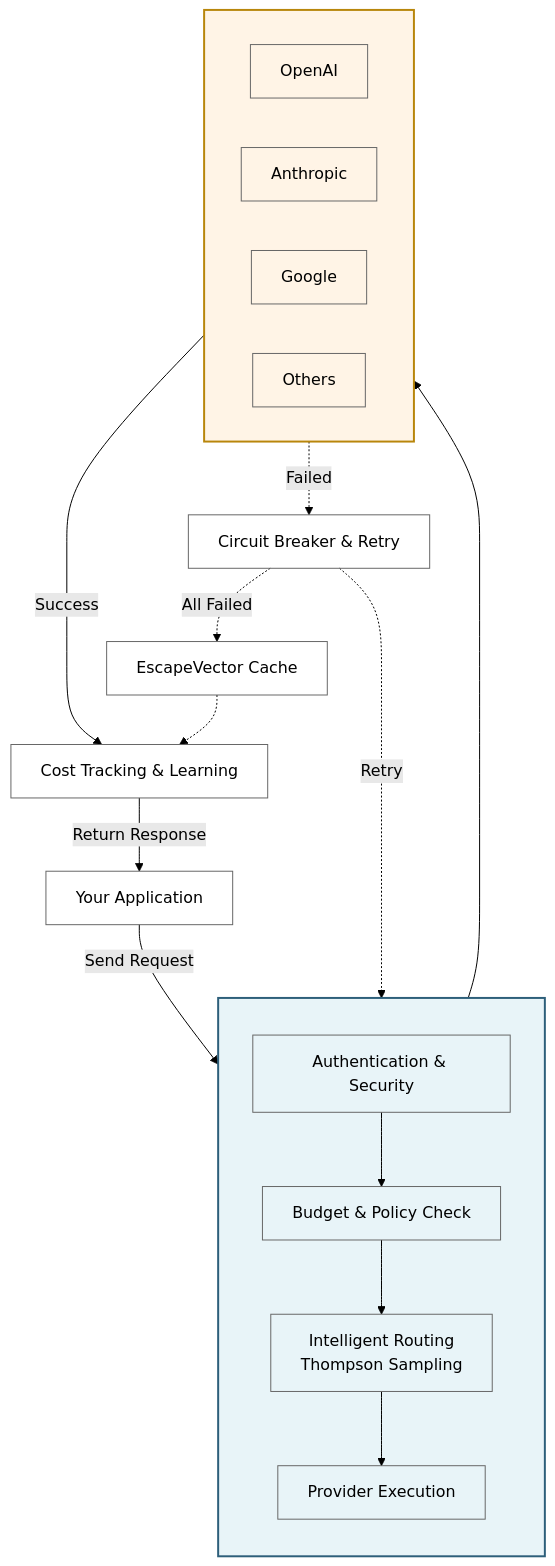
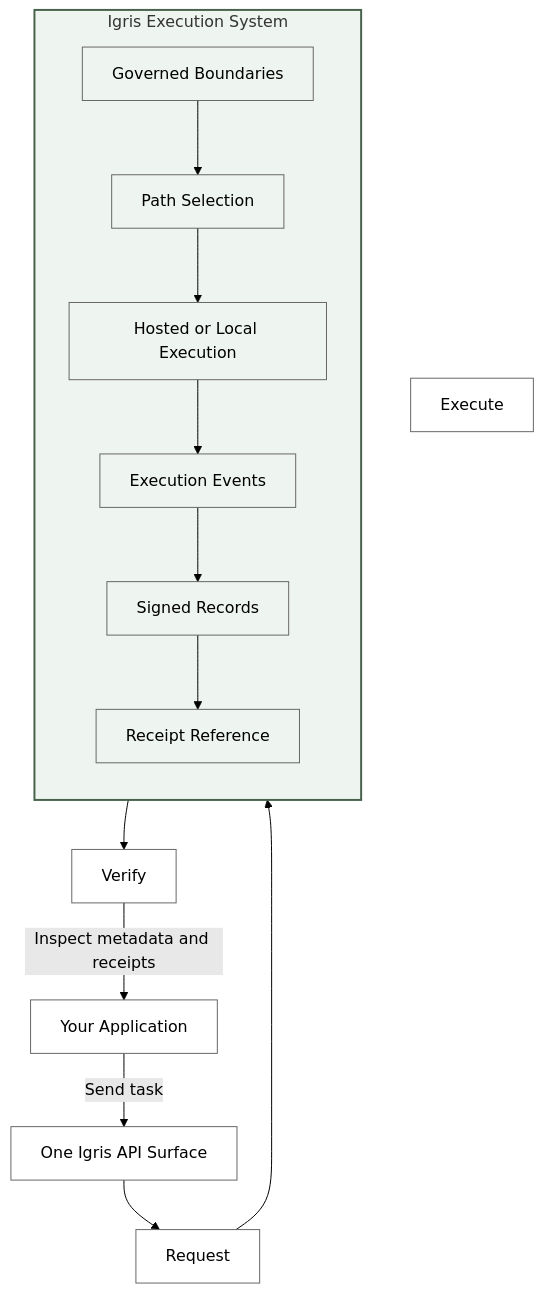
One commit to rapture-fx/igris changed the diagram in web/apps/web-landing/public/overture.mmd. Above: the diagram before and after it, drawn with Mermaid (forest theme).

```diff
--- a/web/apps/web-landing/public/overture.mmd
+++ b/web/apps/web-landing/public/overture.mmd
@@ -1,43 +1,32 @@
 flowchart TB
     A1[Your Application]
+    A2[One Igris API Surface]
+    A3[Request]
+    A4[Execute]
+    A5[Verify]
 
-    subgraph Overture[" "]
+    subgraph Execution["Igris Execution System"]
         direction TB
-        O1[Authentication & Security]
-        O2[Budget & Policy Check]
-        O3[Intelligent Routing<br/>Thompson Sampling]
-        O4[Provider Execution]
+        E1[Governed Boundaries]
+        E2[Path Selection]
+        E3[Hosted or Local Execution]
+        E4[Execution Events]
+        E5[Signed Records]
+        E6[Receipt Reference]
     end
 
-    subgraph Providers[" "]
-        direction LR
-        P1[OpenAI]
-        P2[Anthropic]
-        P3[Google]
-        P4[Others]
-    end
-
-    R1[Circuit Breaker & Retry]
-    R2[EscapeVector Cache]
-
-    L1[Cost Tracking & Learning]
-
-    A1 -->|Send Request| O1
-    O1 --> O2
-    O2 --> O3
-    O3 --> O4
-    O4 --> Providers
-
-    Providers -->|Success| L1
-    Providers -.->|Failed| R1
-    R1 -.->|Retry| O4
-    R1 -.->|All Failed| R2
-    R2 -.-> L1
-
-    L1 -->|Return Response| A1
+    A1 -->|Send task| A2
+    A2 --> A3
+    A3 --> E1
+    E1 --> E2
+    E2 --> E3
+    E3 --> E4
+    E4 --> E5
+    E5 --> E6
+    E6 --> A5
+    A5 -->|Inspect metadata and receipts| A1
 
     classDef transparentNode fill:transparent,stroke:#666,stroke-width:1px
-    class A1,O1,O2,O3,O4,P1,P2,P3,P4,R1,R2,L1 transparentNode
+    class A1,A2,A3,A4,A5,E1,E2,E3,E4,E5,E6 transparentNode
 
-    style Overture fill:#e8f4f8,stroke:#2d5f7a,stroke-width:2px
-    style Providers fill:#fff4e6,stroke:#b8860b,stroke-width:2px
+    style Execution fill:#eef4ef,stroke:#48624c,stroke-width:2px
```
